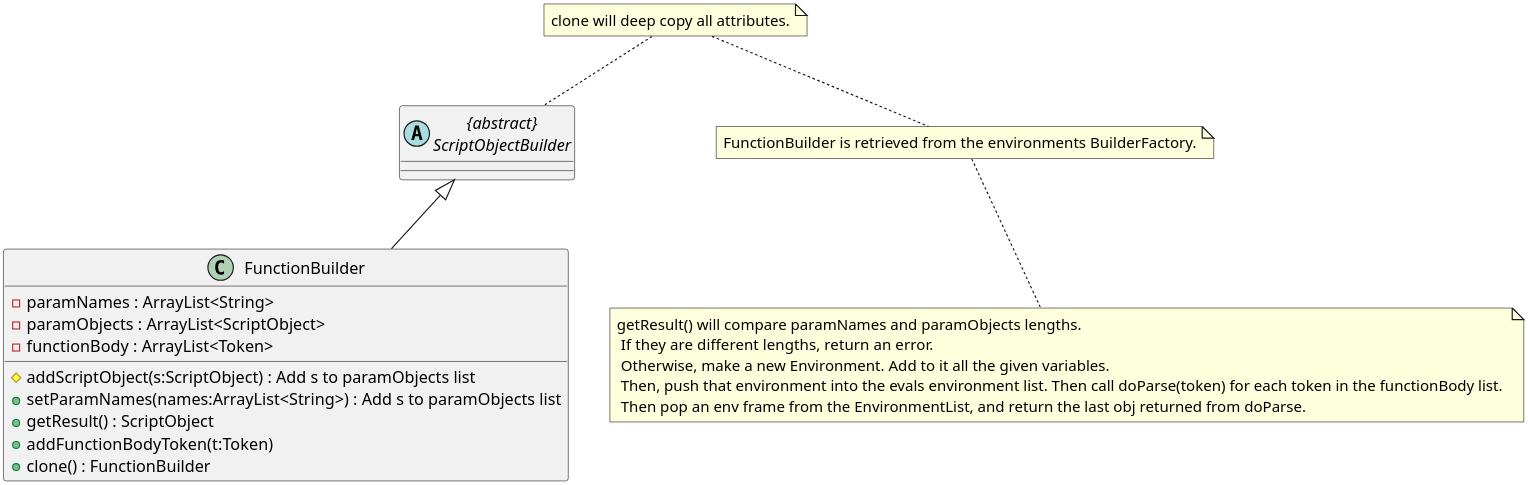
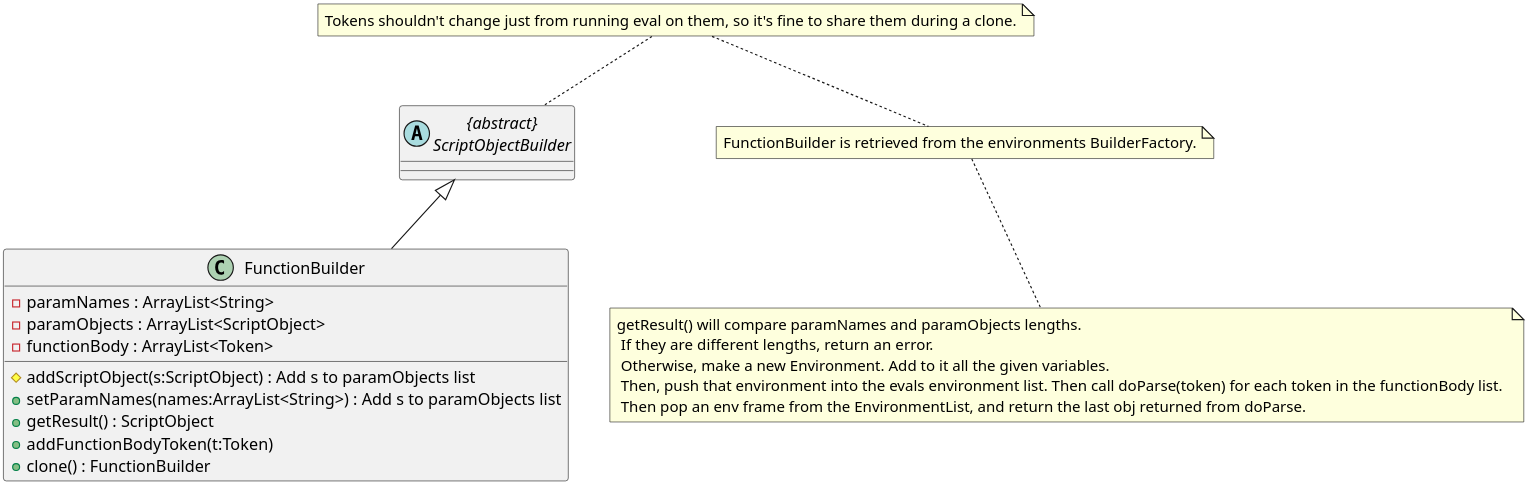
The diagram in Builder/FunctionBuilder.org (MatthewBregg/DesignPatternsRepo), drawn with PlantUML before and after one commit. The commit also changed 19 other files, not shown here.

```diff
--- a/Builder/FunctionBuilder.org
+++ b/Builder/FunctionBuilder.org
@@ -1,21 +1,21 @@
   #+BEGIN_SRC plantuml :file FunctionBuilder.png
 skinparam dpi 300
 class FunctionBuilder
 
 abstract class ScriptObjectBuilder as "{abstract}\nScriptObjectBuilder"
 
 ScriptObjectBuilder <|-- FunctionBuilder
 FunctionBuilder : -paramNames : ArrayList<String>
 FunctionBuilder : -paramObjects : ArrayList<ScriptObject>
 FunctionBuilder : #addScriptObject(s:ScriptObject) : Add s to paramObjects list
 FunctionBuilder : +setParamNames(names:ArrayList<String>) : Add s to paramObjects list
 FunctionBuilder : +getResult() : ScriptObject 
 FunctionBuilder : -functionBody : ArrayList<Token>
 FunctionBuilder : +addFunctionBodyToken(t:Token)
 FunctionBuilder : +clone() : FunctionBuilder
-note top : clone will deep copy all attributes.
+note top : Tokens shouldn't change just from running eval on them, so it's fine to share them during a clone.
 
 note bottom : FunctionBuilder is retrieved from the environments BuilderFactory.
 note bottom : getResult() will compare paramNames and paramObjects lengths. \n If they are different lengths, return an error. \n Otherwise, make a new Environment. Add to it all the given variables. \n Then, push that environment into the evals environment list. Then call doParse(token) for each token in the functionBody list. \n Then pop an env frame from the EnvironmentList, and return the last obj returned from doParse.
 
   #+END_SRC
```
